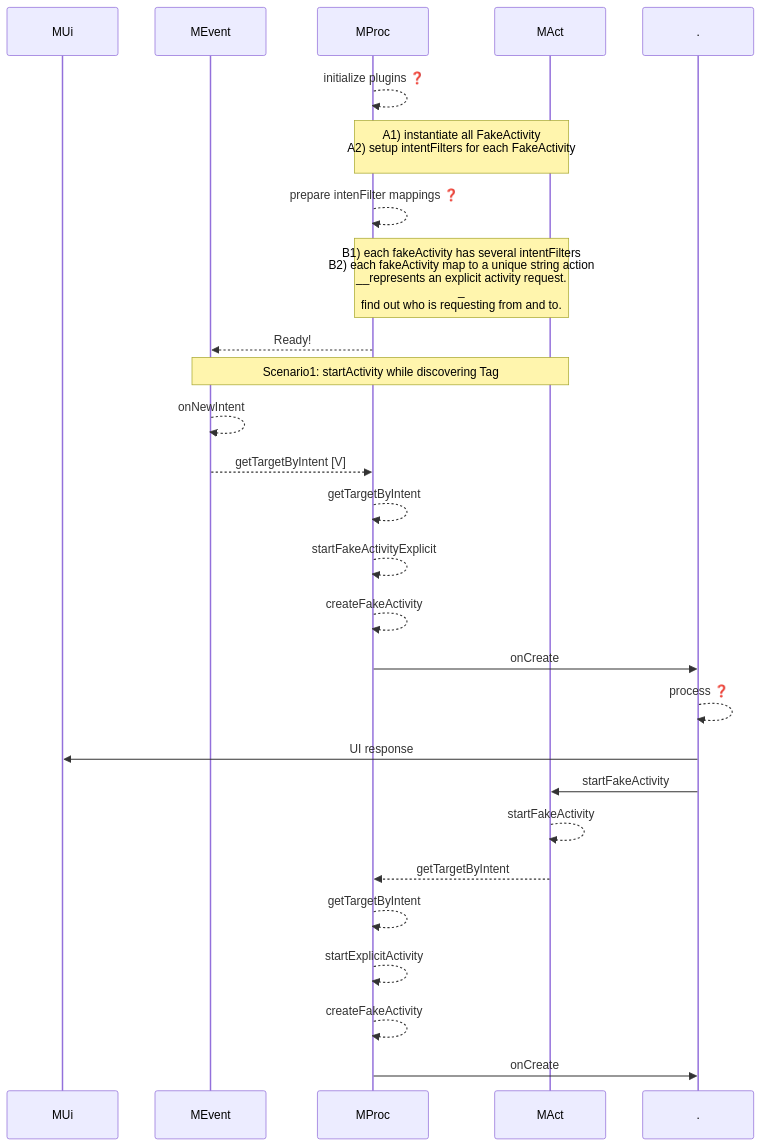
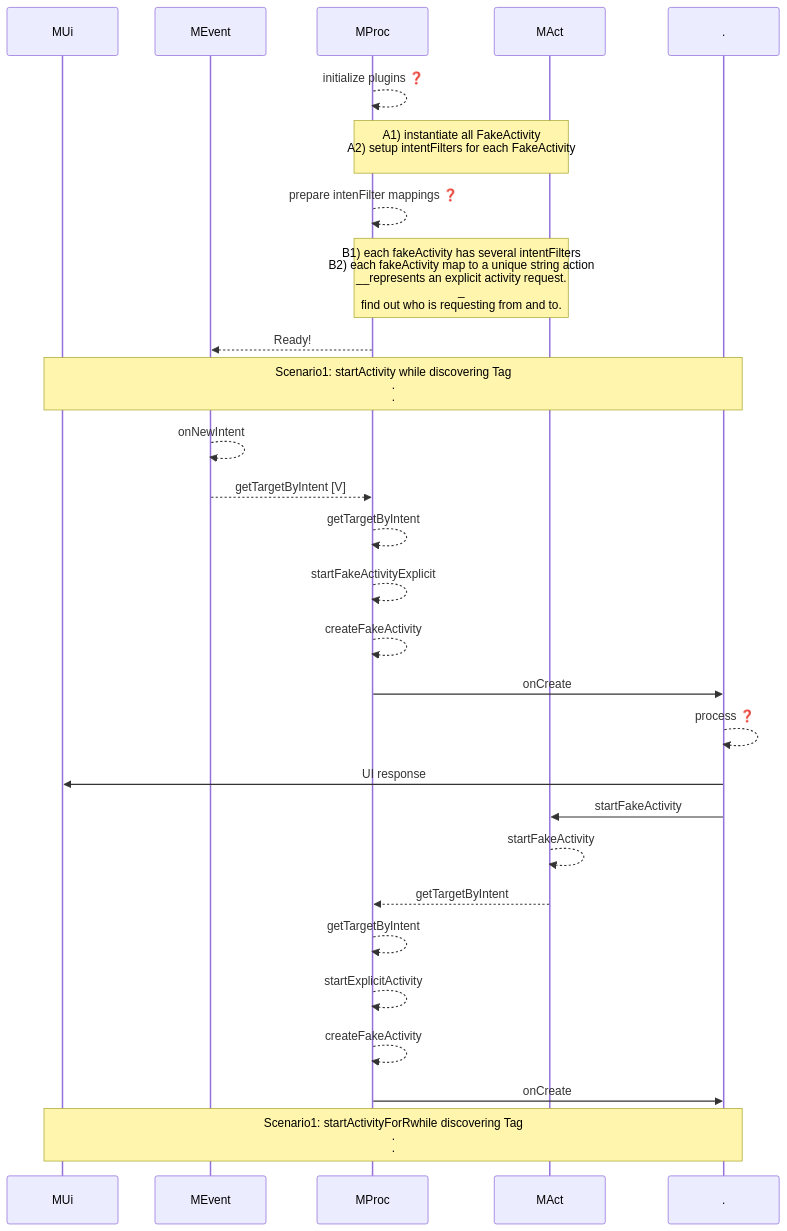
Before and after one commit to gordianknotC/nxp_note: the third of 7 diagrams in flutter/android_to_flutter.md, drawn with Mermaid. The commit also changed other lines of this file, not shown here.

Commit message:
flutter/android_to_flutter.md updated from https://stackedit.io/

````diff
--- a/flutter/android_to_flutter.md
+++ b/flutter/android_to_flutter.md
@@ -52,35 +52,39 @@
 ```mermaid
 sequenceDiagram
 participant MUi
 participant MEvent
 participant MProc
 participant MAct
 participant .
 
 MProc-->>MProc: initialize plugins ❓
 Note over MProc,MAct: A1) instantiate all FakeActivity<br>A2) setup intentFilters for each FakeActivity<br>
 
 MProc-->>MProc: prepare intenFilter mappings ❓
 
 Note over MProc, MAct: B1) each fakeActivity has several intentFilters<br>B2) each fakeActivity map to a unique string action<br>__represents an explicit activity request.<br>_<br> find out who is requesting from and to.
 
 MProc-->>MEvent: Ready!
 
-Note over MEvent, MAct: Scenario1: startActivity while discovering Tag
+
+Note over MUi, .: Scenario1: startActivity while discovering Tag<br>.<br>.
 MEvent-->>MEvent: onNewIntent
 
 MEvent-->>MProc: getTargetByIntent [V]
 MProc-->>MProc: getTargetByIntent
 MProc-->>MProc: startFakeActivityExplicit
 MProc-->>MProc: createFakeActivity
 MProc->> . : onCreate
 . -->> . : process ❓
 . ->> MUi: UI response
 . ->> MAct: startFakeActivity
 MAct -->> MAct: startFakeActivity
 MAct -->> MProc: getTargetByIntent
 MProc -->> MProc: getTargetByIntent
 MProc -->> MProc: startExplicitActivity
 MProc -->> MProc: createFakeActivity
 MProc ->> . : onCreate
+
+
+Note over MUi, .: Scenario1: startActivityForRwhile discovering Tag<br>.<br>.
 ```
````
